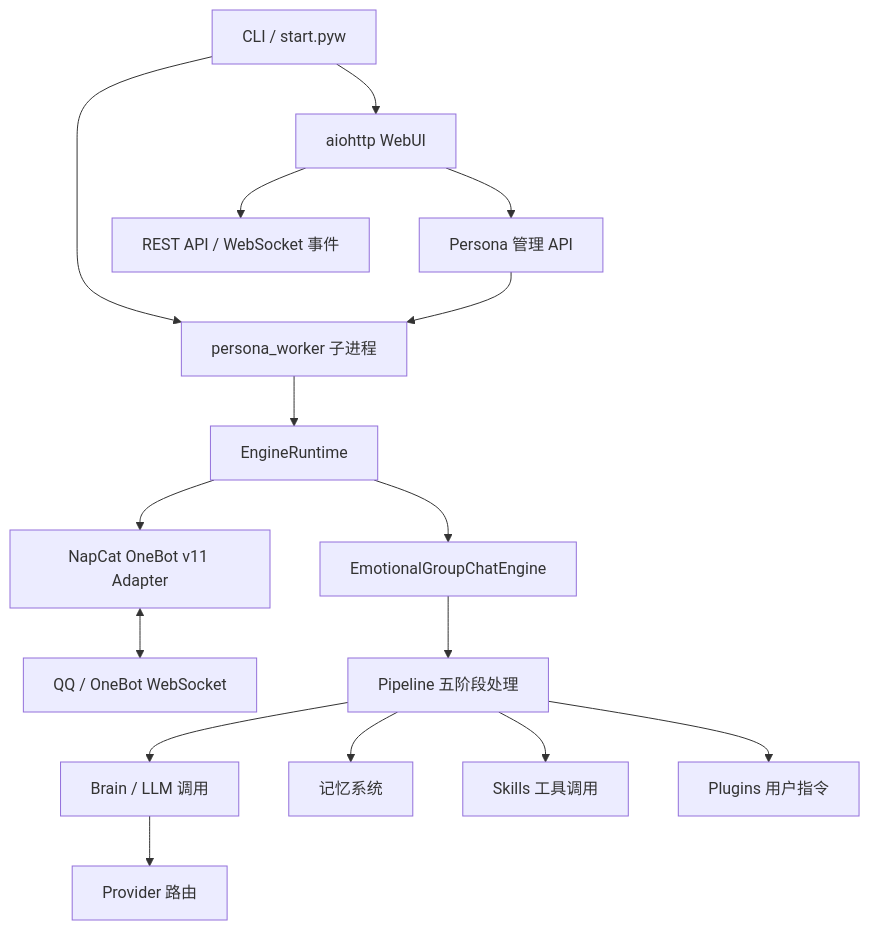
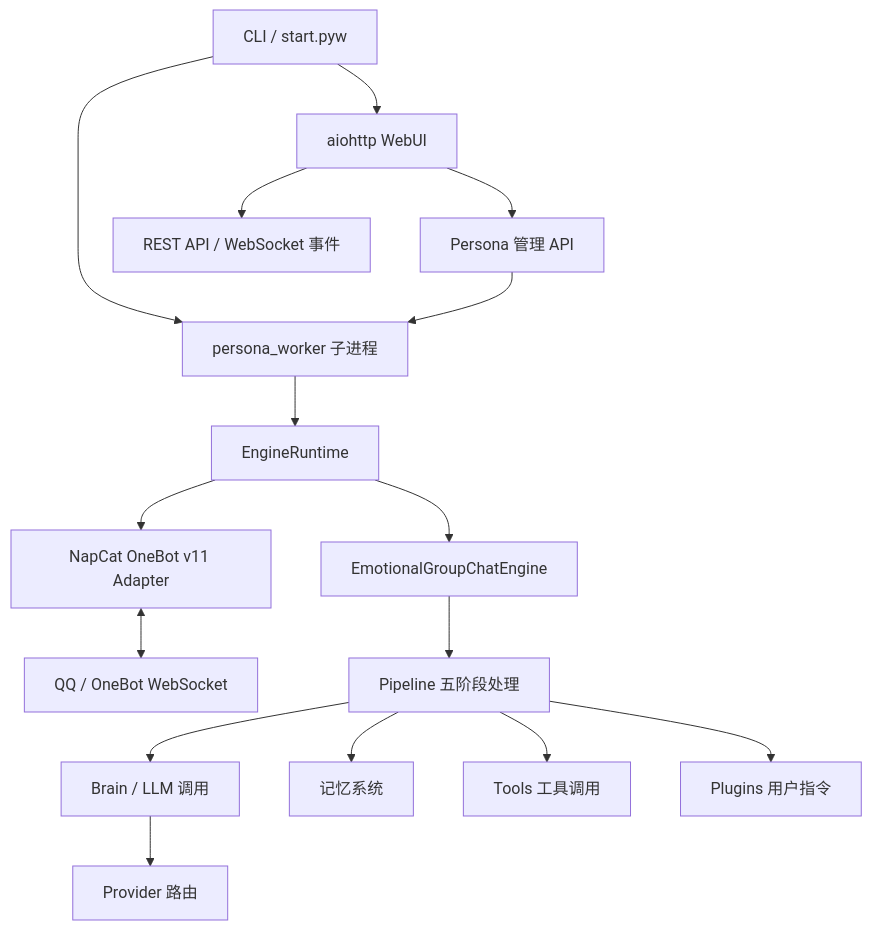
One commit to Sparrived/SiriusPulse-Docs changed the diagram in guide/architecture-overview.md. Above: the diagram before and after it, drawn with Mermaid. The commit also changed other lines of this file and 24 other files, not shown here.

````diff
--- a/guide/architecture-overview.md
+++ b/guide/architecture-overview.md
@@ -5,18 +5,18 @@
 ```mermaid
 flowchart TD
   CLI["CLI / start.pyw"] --> WebUI["aiohttp WebUI"]
   CLI --> Worker["persona_worker 子进程"]
   WebUI --> PM["Persona 管理 API"]
   PM --> Worker
   Worker --> Runtime["EngineRuntime"]
   Runtime --> Adapter["NapCat OneBot v11 Adapter"]
   Runtime --> Engine["EmotionalGroupChatEngine"]
   Adapter <--> QQ["QQ / OneBot WebSocket"]
   Engine --> Pipeline["Pipeline 五阶段处理"]
   Pipeline --> Brain["Brain / LLM 调用"]
   Brain --> Providers["Provider 路由"]
   Pipeline --> Memory["记忆系统"]
-  Pipeline --> Skills["Skills 工具调用"]
+  Pipeline --> Tools["Tools 工具调用"]
   Pipeline --> Plugins["Plugins 用户指令"]
   WebUI --> API["REST API / WebSocket 事件"]
 ```
````
